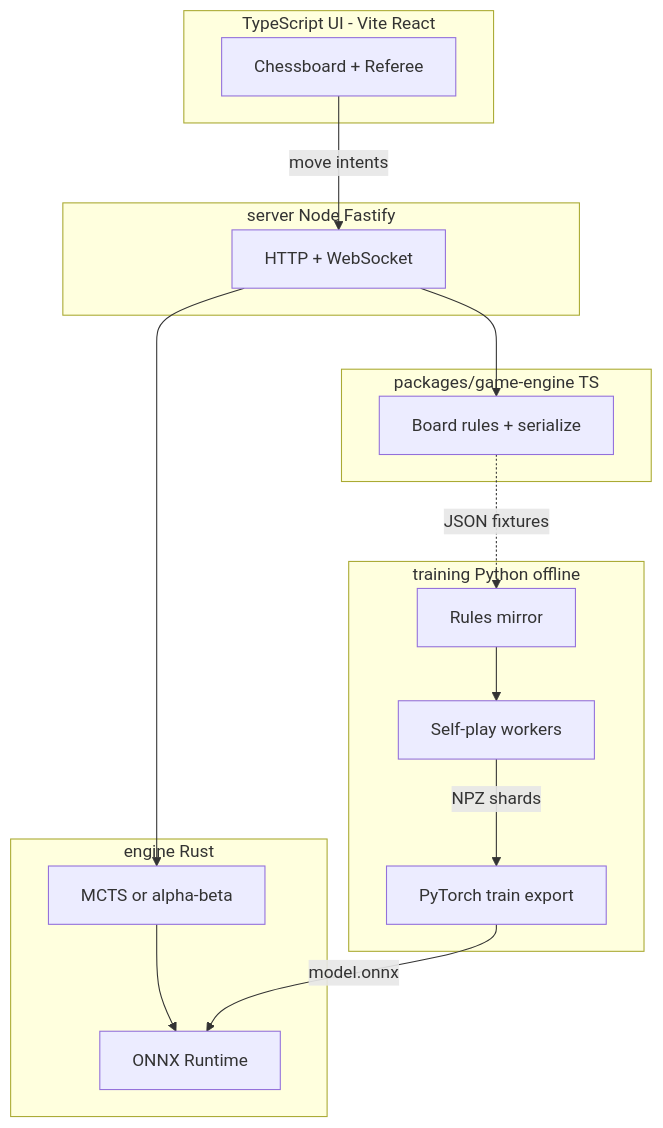
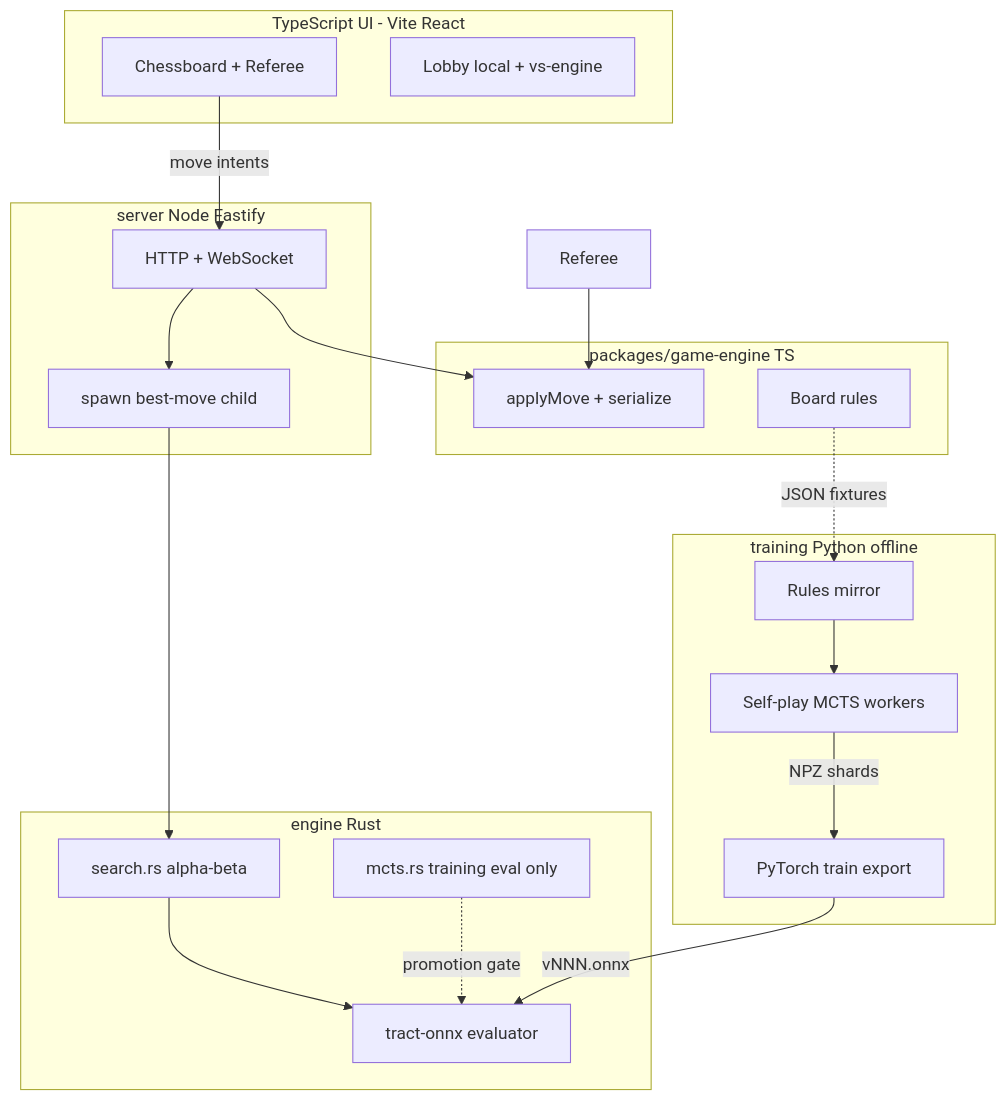
The first of 3 diagrams in docs/architecture.md (Zack-Sutter/Chesskers), drawn with Mermaid before and after one commit. The commit also changed other lines of this file and 22 other files, not shown here.

Commit message:
Updated architecture doc, added 2 pieces for black.

````diff
--- a/docs/architecture.md
+++ b/docs/architecture.md
@@ -156,34 +161,41 @@
 ```mermaid
 flowchart TB
   subgraph ui [TypeScript UI - Vite React]
     Chessboard[Chessboard + Referee]
+    Lobby[Lobby local + vs-engine]
   end
 
   subgraph tsEngine [packages/game-engine TS]
-    Rules[Board rules + serialize]
+    ApplyMove[applyMove + serialize]
+    Rules[Board rules]
   end
 
   subgraph serverLayer [server Node Fastify]
     WS[HTTP + WebSocket]
+    Spawn[spawn best-move child]
   end
 
   subgraph rustEngine [engine Rust]
-    Search[MCTS or alpha-beta]
-    Ort[ONNX Runtime]
+    AlphaBeta[search.rs alpha-beta]
+    MCTS[mcts.rs training eval only]
+    Ort[tract-onnx evaluator]
   end
 
   subgraph trainingLayer [training Python offline]
     Mirror[Rules mirror]
-    SelfPlay[Self-play workers]
+    SelfPlay[Self-play MCTS workers]
     Train[PyTorch train export]
   end
 
   Chessboard -->|move intents| WS
-  WS --> Rules
-  WS --> Search
-  Search --> Ort
+  Referee --> ApplyMove
+  WS --> ApplyMove
+  WS --> Spawn
+  Spawn --> AlphaBeta
+  AlphaBeta --> Ort
   Mirror --> SelfPlay
   SelfPlay -->|NPZ shards| Train
-  Train -->|model.onnx| Ort
+  Train -->|vNNN.onnx| Ort
   Rules -.->|JSON fixtures| Mirror
+  MCTS -.->|promotion gate| Ort
 ```
````
